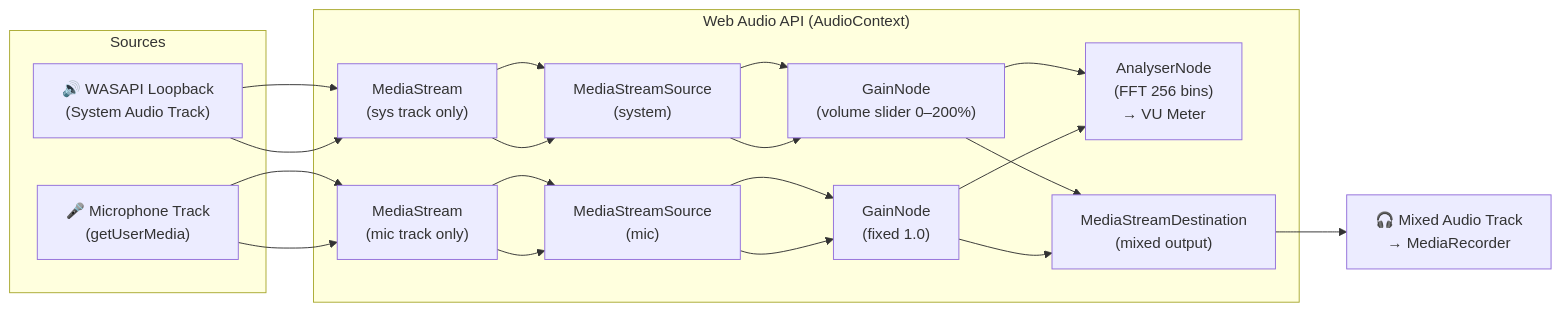
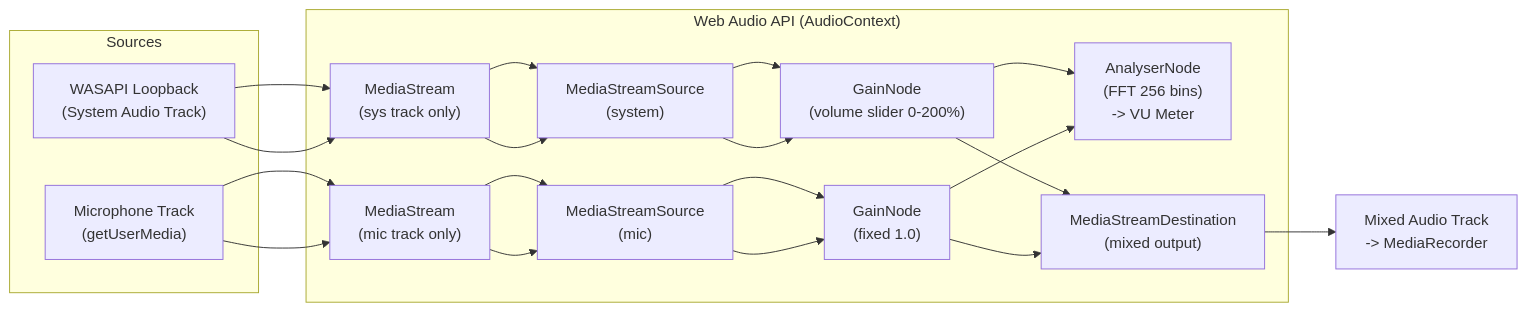
Before and after one commit to arqam66/screen_recoder: the fifth of 7 diagrams in README.md, drawn with Mermaid. The commit also changed other lines of this file, not shown here.

````diff
--- a/README.md
+++ b/README.md
@@ -254,26 +252,26 @@
 ```mermaid
 flowchart LR
     subgraph Sources
-        SYS["🔊 WASAPI Loopback\n(System Audio Track)"]
-        MIC_SRC["🎤 Microphone Track\n(getUserMedia)"]
+        SYS["WASAPI Loopback\n(System Audio Track)"]
+        MIC_SRC["Microphone Track\n(getUserMedia)"]
     end
 
     subgraph "Web Audio API (AudioContext)"
         SYS_STREAM["MediaStream\n(sys track only)"]
         MIC_STREAM["MediaStream\n(mic track only)"]
         SYS_NODE["MediaStreamSource\n(system)"]
         MIC_NODE["MediaStreamSource\n(mic)"]
-        GAIN_SYS["GainNode\n(volume slider 0–200%)"]
+        GAIN_SYS["GainNode\n(volume slider 0-200%)"]
         GAIN_MIC["GainNode\n(fixed 1.0)"]
-        ANALYSER["AnalyserNode\n(FFT 256 bins)\n→ VU Meter"]
+        ANALYSER["AnalyserNode\n(FFT 256 bins)\n-> VU Meter"]
         DEST["MediaStreamDestination\n(mixed output)"]
     end
 
-    MIXED["🎧 Mixed Audio Track\n→ MediaRecorder"]
+    MIXED["Mixed Audio Track\n-> MediaRecorder"]
 
     SYS --> SYS_STREAM --> SYS_NODE --> GAIN_SYS --> ANALYSER
     SYS --> SYS_STREAM --> SYS_NODE --> GAIN_SYS --> DEST
     MIC_SRC --> MIC_STREAM --> MIC_NODE --> GAIN_MIC --> ANALYSER
     MIC_SRC --> MIC_STREAM --> MIC_NODE --> GAIN_MIC --> DEST
     DEST --> MIXED
 ```
````
